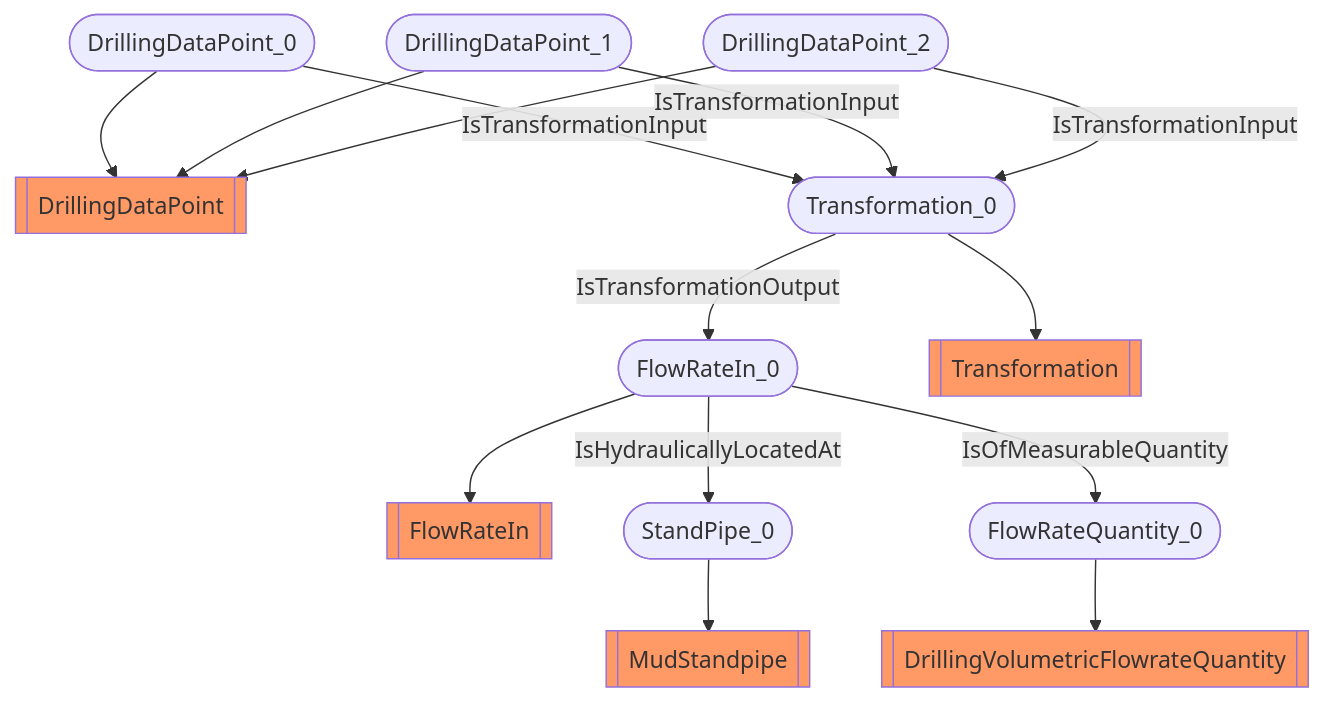
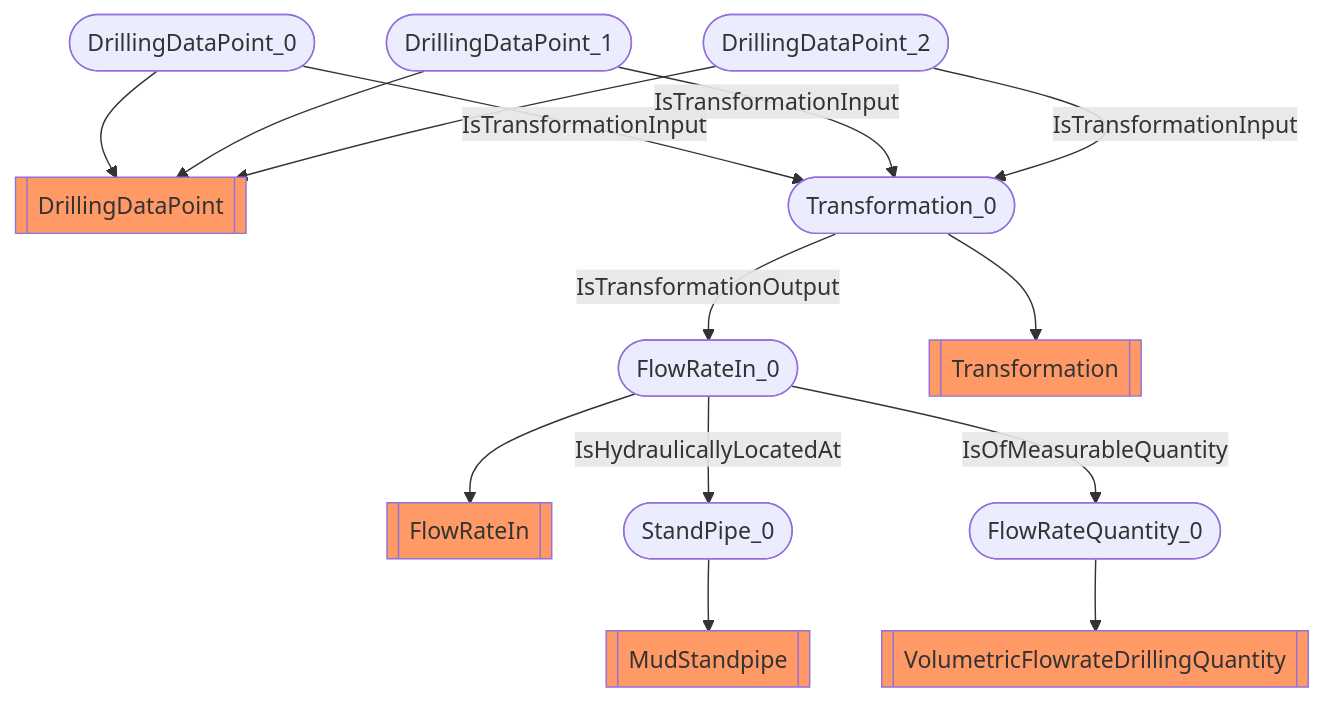
Before and after one commit to D-WIS/DDHub-Semantic-Interoperability: the diagram in docs/vocabulary_development/auto-generated/md/examples/Flow-rate aggregation.md, drawn with Mermaid. The commit also changed other lines of this file and 44 other files, not shown here.

````diff
--- a/docs/vocabulary_development/auto-generated/md/examples/Flow-rate aggregation.md
+++ b/docs/vocabulary_development/auto-generated/md/examples/Flow-rate aggregation.md
@@ -15,18 +15,18 @@
 ```mermaid
 flowchart TD
 	 classDef typeClass fill:#f96;
 	 classDef classClass fill:#9dd0ff;
 	FlowRateIn_0([FlowRateIn_0]) --> FlowRateIn[[FlowRateIn]]:::typeClass
 	StandPipe_0([StandPipe_0]) --> MudStandpipe[[MudStandpipe]]:::typeClass
-	FlowRateQuantity_0([FlowRateQuantity_0]) --> DrillingVolumetricFlowrateQuantity[[DrillingVolumetricFlowrateQuantity]]:::typeClass
+	FlowRateQuantity_0([FlowRateQuantity_0]) --> VolumetricFlowrateDrillingQuantity[[VolumetricFlowrateDrillingQuantity]]:::typeClass
 	DrillingDataPoint_0([DrillingDataPoint_0]) --> DrillingDataPoint[[DrillingDataPoint]]:::typeClass
 	Transformation_0([Transformation_0]) --> Transformation[[Transformation]]:::typeClass
 	DrillingDataPoint_1([DrillingDataPoint_1]) --> DrillingDataPoint[[DrillingDataPoint]]:::typeClass
 	DrillingDataPoint_2([DrillingDataPoint_2]) --> DrillingDataPoint[[DrillingDataPoint]]:::typeClass
 	 FlowRateIn_0 -- IsHydraulicallyLocatedAt --> StandPipe_0 
 	 FlowRateIn_0 -- IsOfMeasurableQuantity --> FlowRateQuantity_0 
 	 DrillingDataPoint_0 -- IsTransformationInput --> Transformation_0 
 	 DrillingDataPoint_1 -- IsTransformationInput --> Transformation_0 
 	 DrillingDataPoint_2 -- IsTransformationInput --> Transformation_0 
 	 Transformation_0 -- IsTransformationOutput --> FlowRateIn_0 
 ```
````
